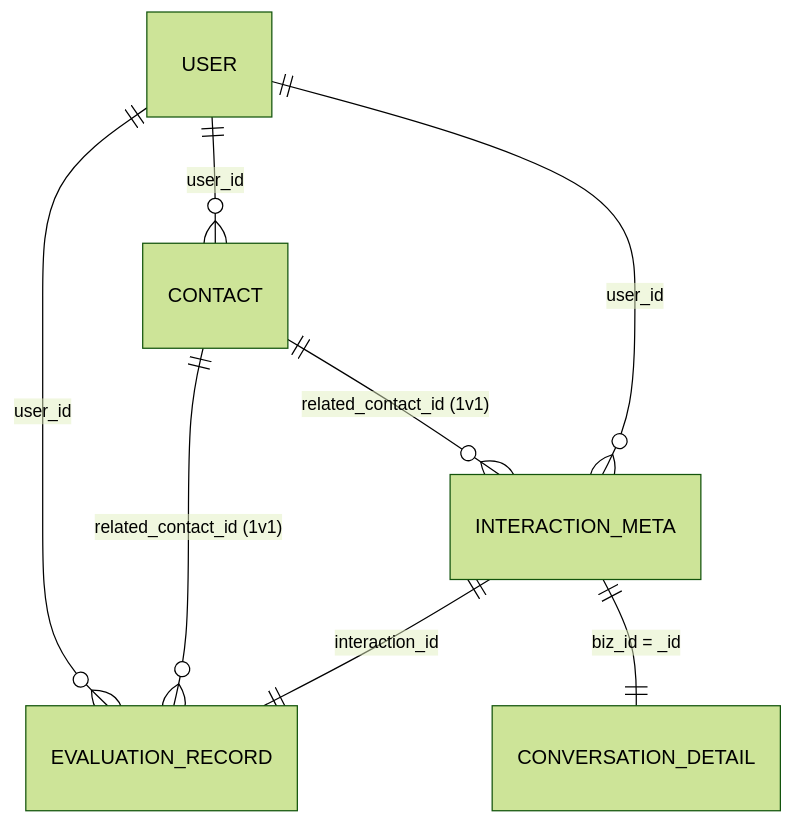
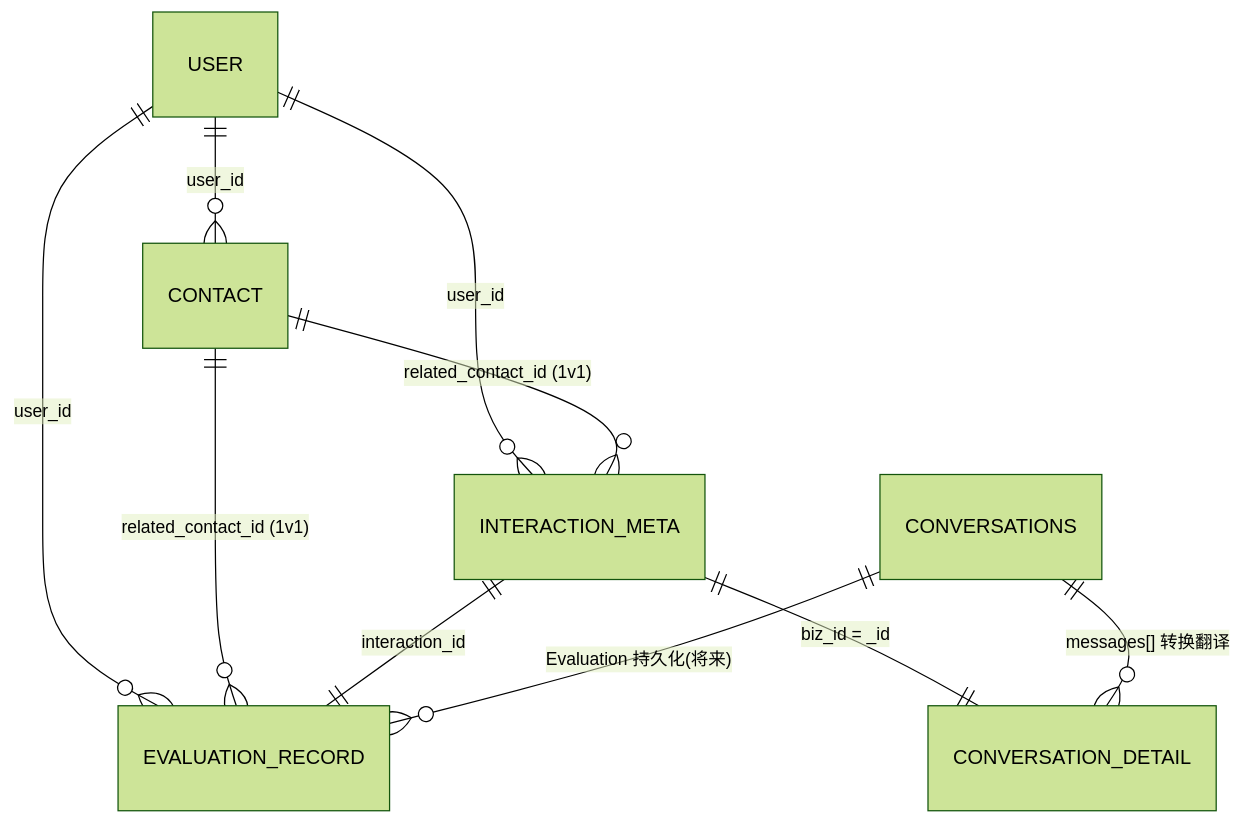
The diagram in guide_docs/评价体系数据结构设计文档.md (sixuexs/readtalk-buddy), drawn with Mermaid (forest theme) before and after one commit. The commit also changed other lines of this file and 5 other files, not shown here.

````diff
--- a/guide_docs/评价体系数据结构设计文档.md
+++ b/guide_docs/评价体系数据结构设计文档.md
@@ -63,10 +84,12 @@
 ```mermaid
 erDiagram
     USER ||--o{ EVALUATION_RECORD : "user_id"
     USER ||--o{ CONTACT : "user_id"
     USER ||--o{ INTERACTION_META : "user_id"
     CONTACT ||--o{ EVALUATION_RECORD : "related_contact_id (1v1)"
     CONTACT ||--o{ INTERACTION_META : "related_contact_id (1v1)"
     INTERACTION_META ||--|| EVALUATION_RECORD : "interaction_id"
     INTERACTION_META ||--|| CONVERSATION_DETAIL : "biz_id = _id"
+    CONVERSATIONS ||--o{ CONVERSATION_DETAIL : "messages[] 转换翻译"
+    CONVERSATIONS ||--o{ EVALUATION_RECORD : "Evaluation 持久化(将来)"
 ```
````
